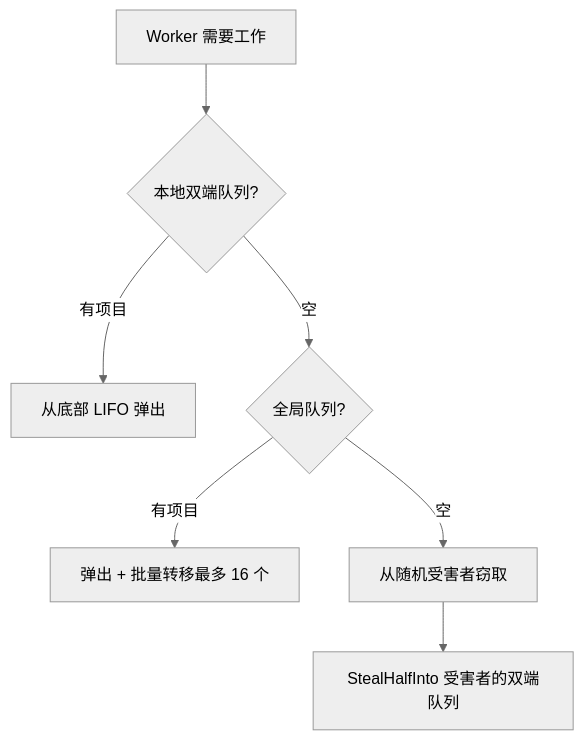
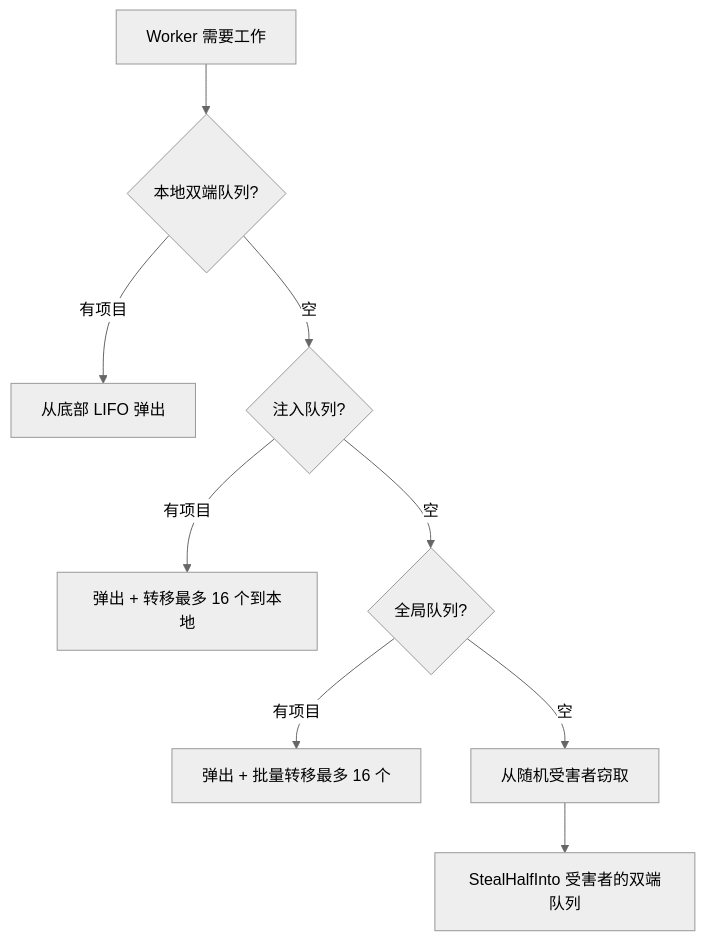
The first of 2 diagrams in zh/internals/scheduler.md (wippyai/docs), drawn with Mermaid (neutral theme) before and after one commit. The commit also changed other lines of this file and 1108 other files, not shown here.

````diff
--- a/zh/internals/scheduler.md
+++ b/zh/internals/scheduler.md
@@ -47,9 +47,11 @@
 ```mermaid
 flowchart TD
     W[Worker 需要工作] --> L{本地双端队列?}
     L -->|有项目| LP[从底部 LIFO 弹出]
-    L -->|空| G{全局队列?}
+    L -->|空| I{注入队列?}
+    I -->|有项目| IP[弹出 + 转移最多 16 个到本地]
+    I -->|空| G{全局队列?}
     G -->|有项目| GP[弹出 + 批量转移最多 16 个]
     G -->|空| S[从随机受害者窃取]
     S --> SH[StealHalfInto 受害者的双端队列]
 ```
````
